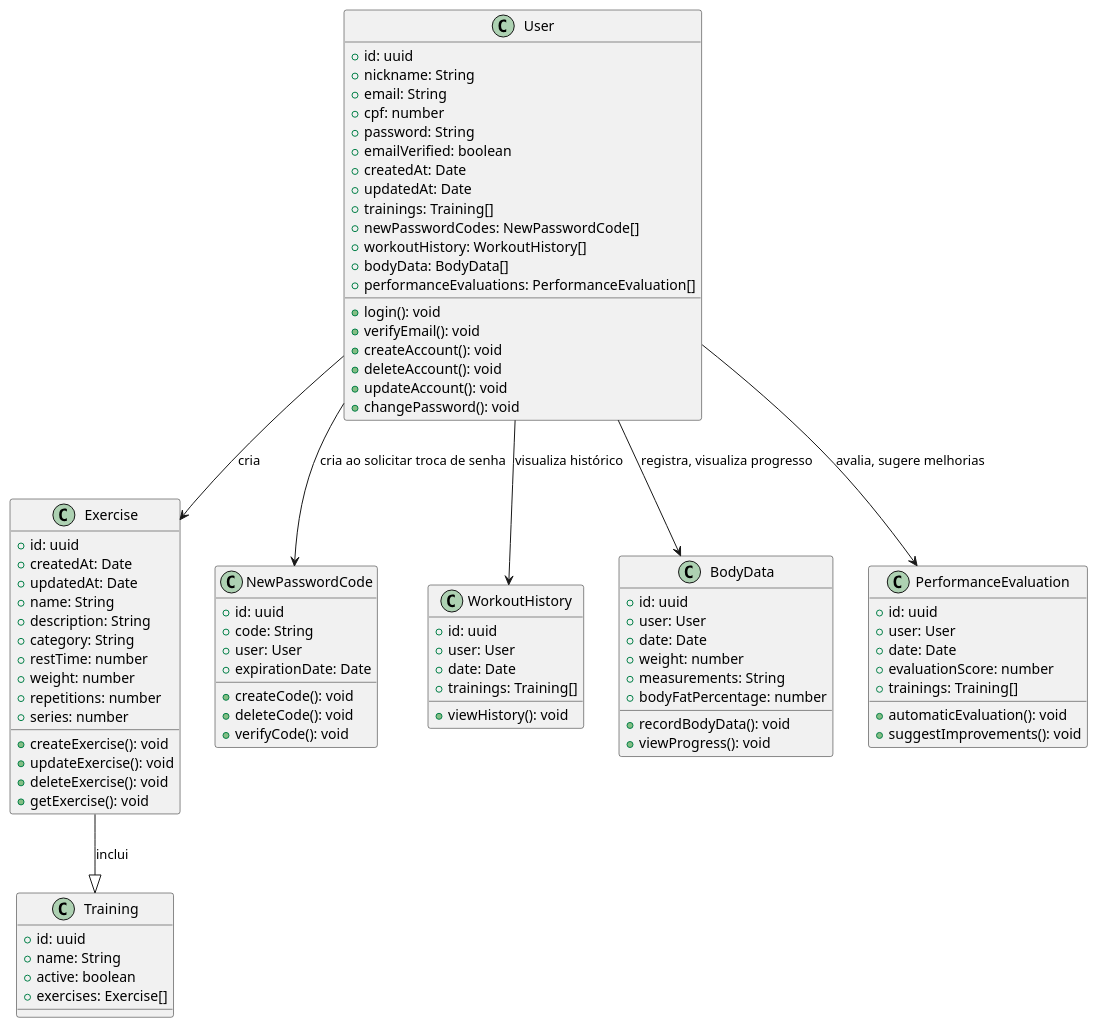
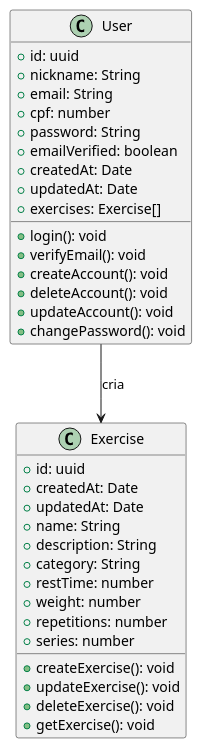
One commit to LucasReisV1337/api-gym changed the diagram in uml/index.wsd. Above: the diagram before and after it, drawn with PlantUML. The commit also changed 14 other files, not shown here.

```diff
--- a/uml/index.wsd
+++ b/uml/index.wsd
@@ -1,95 +1,43 @@
 @startuml
 
 class User {
   + id: uuid
   + nickname: String
   + email: String
   + cpf: number
   + password: String
   + emailVerified: boolean
   + createdAt: Date
   + updatedAt: Date
   + login(): void
   + verifyEmail(): void
   + createAccount(): void
   + deleteAccount(): void
   + updateAccount(): void
   + changePassword(): void
-  + trainings: Training[]
-  + newPasswordCodes: NewPasswordCode[]
-  + workoutHistory: WorkoutHistory[] 
-  + bodyData: BodyData[] 
-  + performanceEvaluations: PerformanceEvaluation[]
+  + exercises: Exercise[]
+  
 }
 
 class Exercise {
   + id: uuid
   + createdAt: Date
   + updatedAt: Date
   + name: String
   + description: String
   + category: String
   + restTime: number
   + weight: number
   + repetitions: number
   + series: number
   + createExercise(): void
   + updateExercise(): void
   + deleteExercise(): void
   + getExercise(): void
 }
 
-class Training {
-  + id: uuid
-  + name: String
-  + active: boolean
-  + exercises: Exercise[]
-}
-
-class NewPasswordCode {
-    + id: uuid
-    + code: String
-    + user: User
-    + expirationDate: Date
-    + createCode(): void
-    + deleteCode(): void
-    + verifyCode(): void
-}
-
-class WorkoutHistory {
-    + id: uuid
-    + user: User
-    + date: Date
-    + viewHistory(): void
-    + trainings: Training[]
-}
-
-class BodyData {
-    + id: uuid
-    + user: User
-    + date: Date
-    + weight: number
-    + measurements: String
-    + bodyFatPercentage: number
-    + recordBodyData(): void
-    + viewProgress(): void
-}
-
-class PerformanceEvaluation {
-    + id: uuid
-    + user: User
-    + date: Date
-    + evaluationScore: number
-    + automaticEvaluation(): void
-    + suggestImprovements(): void
-    + trainings: Training[]
-}
 
 User --> Exercise : cria
-User --> NewPasswordCode : cria ao solicitar troca de senha 
-User --> WorkoutHistory : visualiza histórico
-User --> BodyData : registra, visualiza progresso
-User --> PerformanceEvaluation : avalia, sugere melhorias
-Exercise --|> Training : inclui
+
 
 @enduml
```
